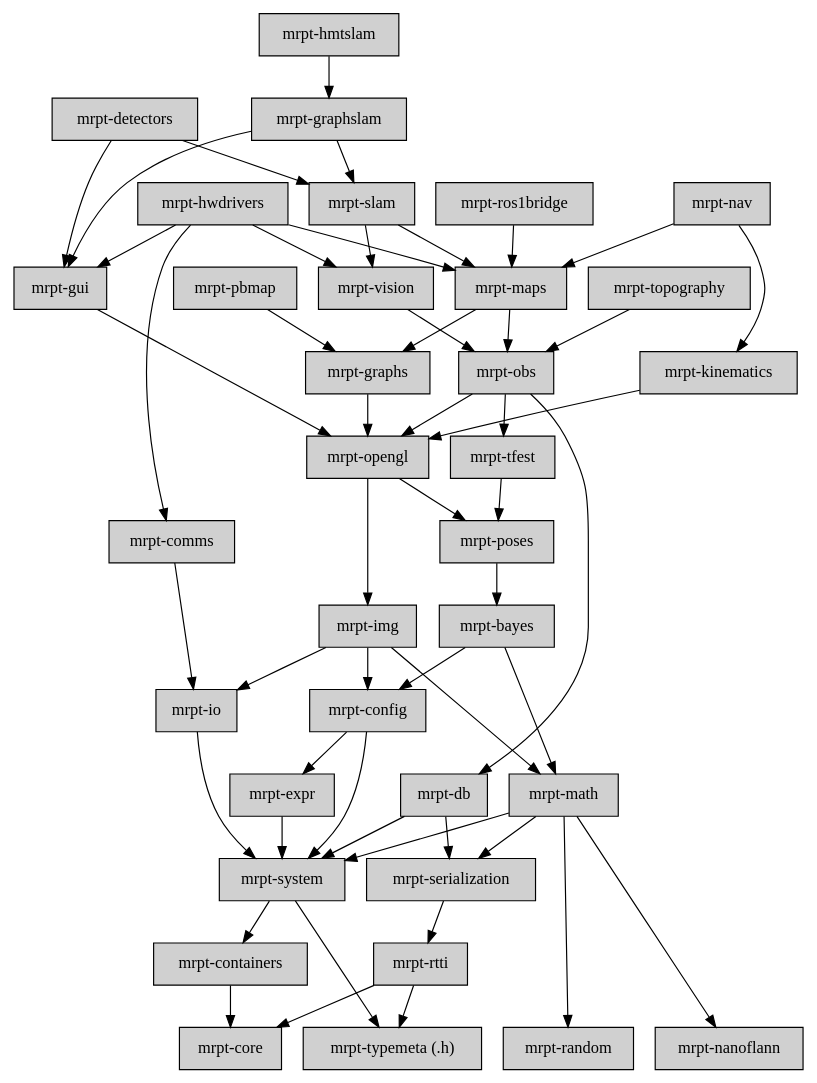
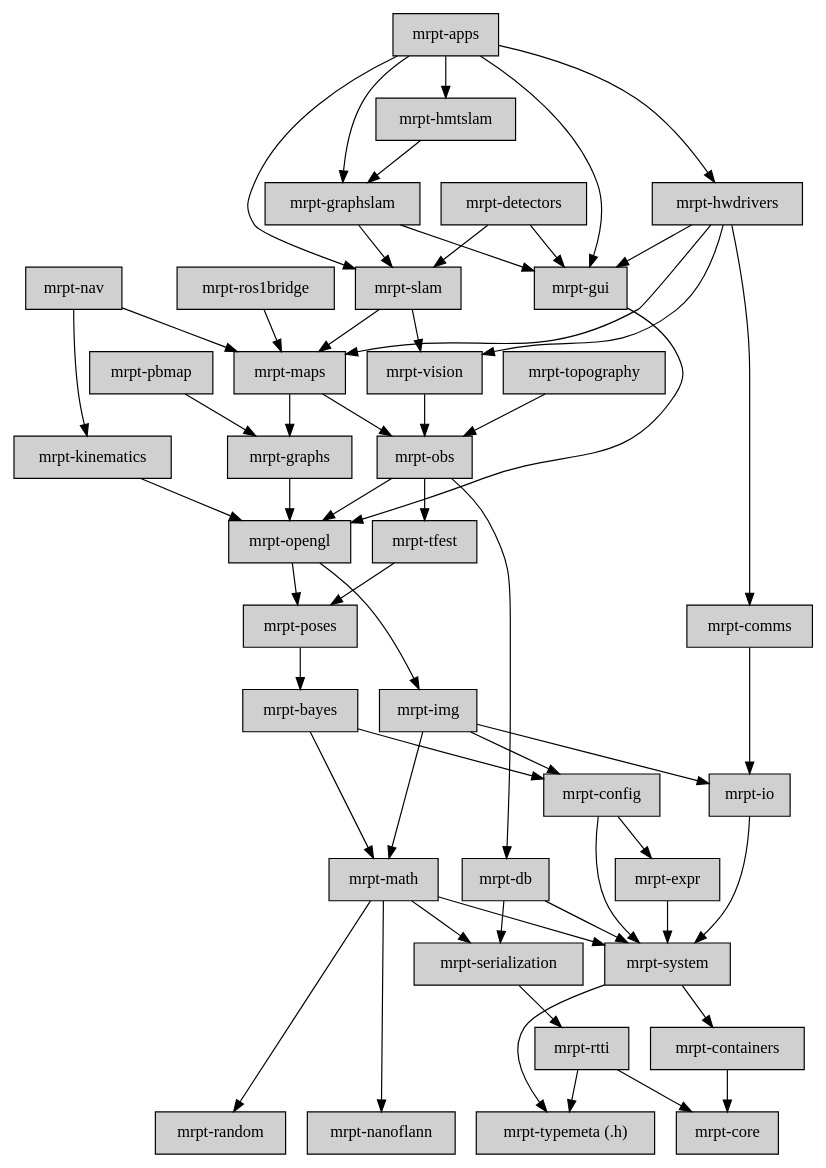
Before and after one commit to MRPT/mrpt: the diagram in doc/design_of_images/graph_mrpt_libs.dot, drawn with Graphviz. The commit also changed 4 other files, not shown here.

Commit message:
Update libs graph: include mrpt-apps

```diff
--- a/doc/design_of_images/graph_mrpt_libs.dot
+++ b/doc/design_of_images/graph_mrpt_libs.dot
@@ -1,131 +1,138 @@
 digraph MRPT_LIBS {
 
 	node [shape=box,style=filled, fillcolor="#D0D0D0"];
+
+	apps [label="mrpt-apps",URL="group__mrpt__bayes__grp.html"];
+	apps -> gui;
+	apps -> slam;
+	apps -> hwdrivers;
+	apps -> graphslam;
+	apps -> hmtslam;
 
 	bayes [label="mrpt-bayes",URL="group__mrpt__bayes__grp.html"];
 	bayes -> math;
 	bayes -> config;
 
 	comms [label="mrpt-comms",URL="group__mrpt__comms__grp.html"];
 	comms -> io;
 
 	config   [label="mrpt-config",URL="group__mrpt__config__grp.html"];
 	config -> expr;
 	config -> system;
 
 	containers  [label="mrpt-containers",URL="group__mrpt__containers__grp.html"];
 	containers -> core;
 
 	{ rank = sink; 
 	core       [label="mrpt-core",URL="group__mrpt__core__grp.html"];
 	}
 
 	db         [label="mrpt-db",URL="group__mrpt__db__grp.html"];
 	db  -> serialization;
 	db  -> system;
 
 	detectors  [label="mrpt-detectors",URL="group__mrpt__detectors__grp.html"];
 	detectors -> gui;
 	detectors -> slam;
 
 	expr       [label="mrpt-expr",URL="group__mrpt__expr__grp.html"];
 	expr -> system;
 
 	graphs     [label="mrpt-graphs",URL="group__mrpt__graphs__grp.html"];
 	graphs -> opengl;
 
 	graphslam  [label="mrpt-graphslam",URL="group__mrpt__graphslam__grp.html"];
 	graphslam -> gui;
 	graphslam -> slam;
 
 	gui        [label="mrpt-gui",URL="group__mrpt__gui__grp.html"];
 	gui -> opengl;
 
 	hmtslam    [label="mrpt-hmtslam",URL="group__mrpt__hmtslam__grp.html"];
 	hmtslam -> graphslam;
 
 	hwdrivers  [label="mrpt-hwdrivers",URL="group__mrpt__hwdrivers__grp.html"];
 	hwdrivers -> comms;
 	hwdrivers -> gui;
 	hwdrivers -> maps;
 	hwdrivers -> vision;
 
 	img [label="mrpt-img",URL="group__mrpt__img__grp.html"];
 	img  -> io;
 	img  -> math;
 	img  -> config;
 
 	io [label="mrpt-io",URL="group__mrpt__io__grp.html"];
 	io  -> system;
 
 	kinematics [label="mrpt-kinematics",URL="group__mrpt__kinematics__grp.html"];
 	kinematics -> opengl;
 	
 	maps       [label="mrpt-maps",URL="group__mrpt__maps__grp.html"];
 	maps -> graphs;
 	maps -> obs;
 
 	math       [label="mrpt-math",URL="group__mrpt__math__grp.html"];
 	math -> serialization;
 	math -> random;
 	math -> system;
 	math -> nanoflann;
 
 	{ rank = sink; 
 	nanoflann  [label="mrpt-nanoflann",URL="group__nanoflann__grp.html"];
 	}
 
 	nav        [label="mrpt-nav",URL="group__mrpt__nav__grp.html"];
 	nav -> kinematics;
 	nav -> maps;
 
 	obs        [label="mrpt-obs",URL="group__mrpt__obs__grp.html"];
 	obs -> opengl;
 	obs -> db;
 	obs -> tfest;
 
 	opengl     [label="mrpt-opengl", URL="group__mrpt__opengl__grp.html"];
 	opengl -> poses;
 	opengl -> img;
 
 	pbmap      [label="mrpt-pbmap",URL="group__mrpt__pbmap__grp.html"];
 	pbmap -> graphs;
 
 	poses     [label="mrpt-poses",URL="group__mrpt__poses__grp.html"];
 	poses -> bayes;
 	
 	{ rank = sink; 
 	random     [label="mrpt-random",URL="group__mrpt__random__grp.html"];
 	}
 
 	rtti     [label="mrpt-rtti",URL="group__mrpt__rtti__grp.html"];
 	rtti -> core;
 	rtti -> typemeta;
 
 	ros1bridge   [label="mrpt-ros1bridge", URL="group__mrpt__ros1bridge__grp.html"];
 	ros1bridge -> maps;
 
 	serialization [label="mrpt-serialization",URL="group__mrpt__serialization__grp.html"];
 	serialization -> rtti;
 
 	slam       [label="mrpt-slam",URL="group__mrpt__slam__grp.html"];
 	slam -> maps;
 	slam -> vision;
 
 	system     [label="mrpt-system",URL="group__mrpt__system__grp.html"];
 	system -> typemeta;
 	system -> containers;
 
 	tfest      [label="mrpt-tfest",URL="group__mrpt__tfest__grp.html"];
 	tfest -> poses;
 
 	topography [label="mrpt-topography",URL="group__mrpt__topography__grp.html"];
 	topography -> obs;
 
 	{ rank = sink; 
 	typemeta [label="mrpt-typemeta (.h)",URL="group__mrpt__typemeta__grp.html"];
 	}
 
 	vision     [label="mrpt-vision",URL="group__mrpt__vision__grp.html"];
 	vision -> obs;
 }
```
